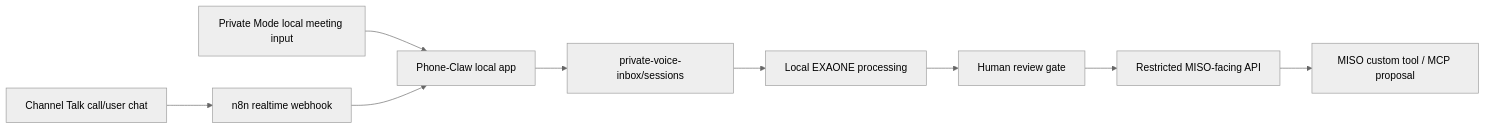
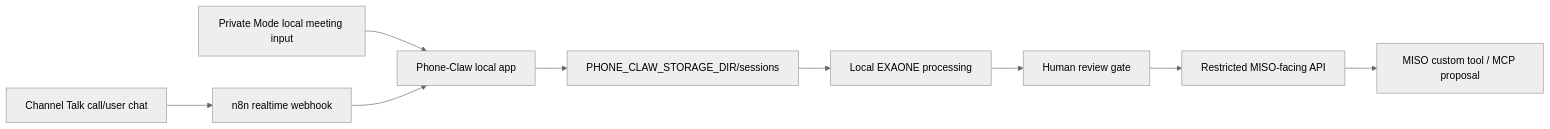
Before and after one commit to man2service/ixi-o-agent: the diagram in docs/submission-pack.md, drawn with Mermaid (neutral theme). The commit also changed 9 other files, not shown here.

````diff
--- a/docs/submission-pack.md
+++ b/docs/submission-pack.md
@@ -27,11 +27,11 @@
 ```mermaid
 flowchart LR
   A["Channel Talk call/user chat"] --> B["n8n realtime webhook"]
   C["Private Mode local meeting input"] --> D["Phone-Claw local app"]
   B --> D
-  D --> E["private-voice-inbox/sessions"]
+  D --> E["PHONE_CLAW_STORAGE_DIR/sessions"]
   E --> F["Local EXAONE processing"]
   F --> G["Human review gate"]
   G --> H["Restricted MISO-facing API"]
   H --> I["MISO custom tool / MCP proposal"]
 ```
````
